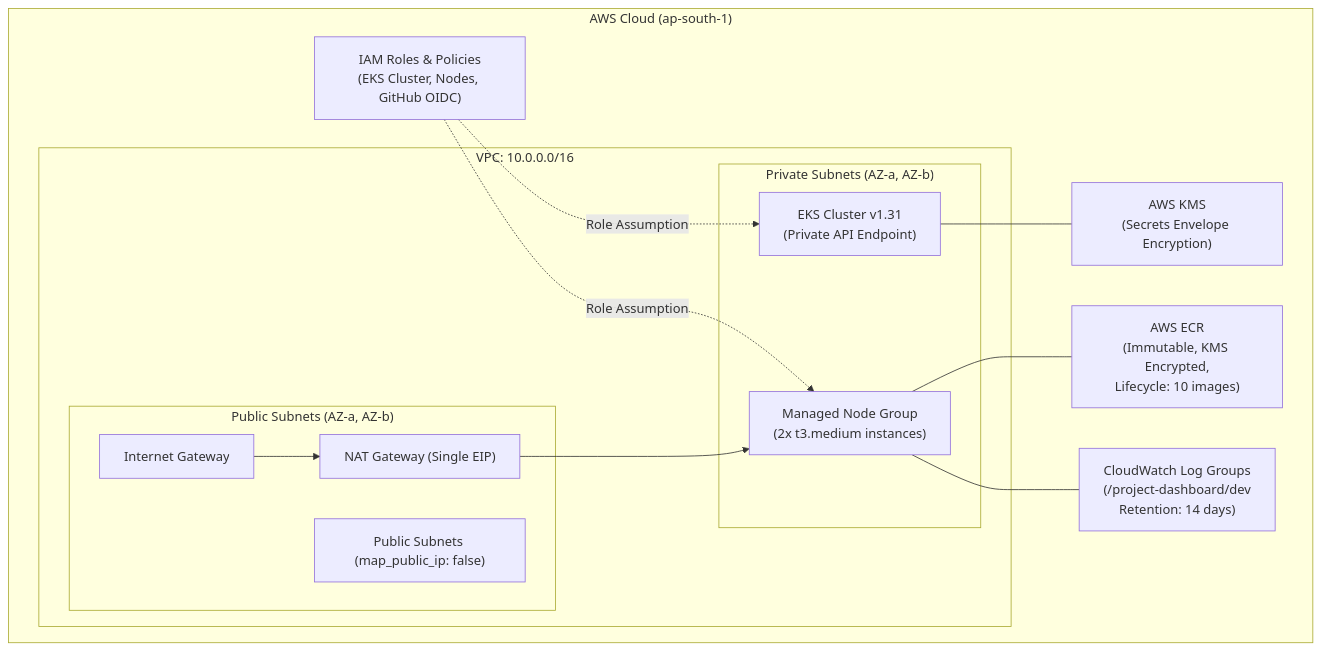
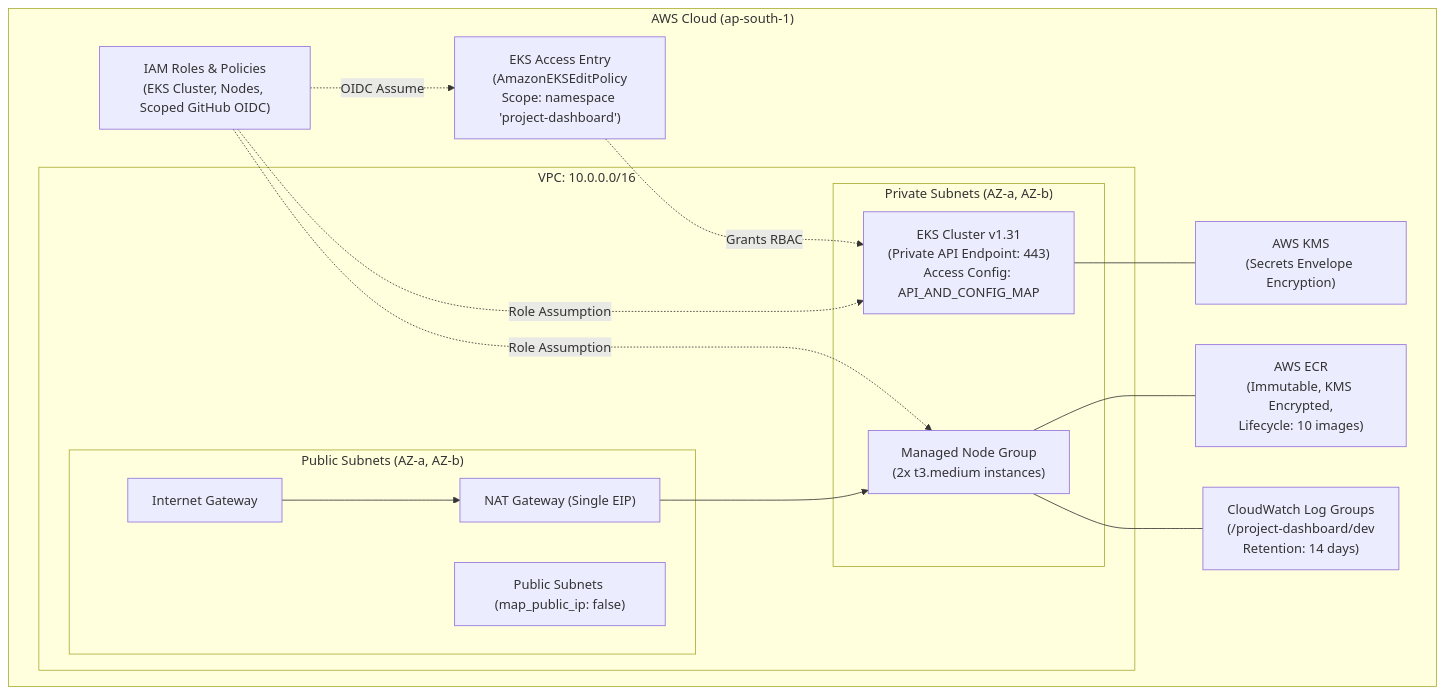
One commit to ArjunReddyVelma/project-mangement-app-main changed the third of 3 diagrams in ARCHITECTURE.md. Above: the diagram before and after it, drawn with Mermaid. The commit also changed other lines of this file and 7 other files, not shown here.

````diff
--- a/ARCHITECTURE.md
+++ b/ARCHITECTURE.md
@@ -99,30 +105,33 @@
 ```mermaid
 graph TD
     subgraph "AWS Cloud (ap-south-1)"
         subgraph "VPC: 10.0.0.0/16"
             subgraph "Public Subnets (AZ-a, AZ-b)"
                 IGW["Internet Gateway"]
                 NAT["NAT Gateway (Single EIP)"]
                 PubSub["Public Subnets (map_public_ip: false)"]
             end
             
             subgraph "Private Subnets (AZ-a, AZ-b)"
-                EKS_Control["EKS Cluster v1.31\n(Private API Endpoint)"]
+                EKS_Control["EKS Cluster v1.31\n(Private API Endpoint: 443)\nAccess Config: API_AND_CONFIG_MAP"]
                 EKS_Nodes["Managed Node Group\n(2x t3.medium instances)"]
             end
         end
 
         ECR["AWS ECR\n(Immutable, KMS Encrypted,\nLifecycle: 10 images)"]
         KMS["AWS KMS\n(Secrets Envelope Encryption)"]
         CW["CloudWatch Log Groups\n(/project-dashboard/dev\nRetention: 14 days)"]
-        IAM["IAM Roles & Policies\n(EKS Cluster, Nodes, GitHub OIDC)"]
+        IAM["IAM Roles & Policies\n(EKS Cluster, Nodes, Scoped GitHub OIDC)"]
+        AccessEntry["EKS Access Entry\n(AmazonEKSEditPolicy\nScope: namespace 'project-dashboard')"]
     end
 
     IGW --> NAT
     NAT --> EKS_Nodes
     EKS_Control --- KMS
     EKS_Nodes --- ECR
     EKS_Nodes --- CW
     IAM -.->|"Role Assumption"| EKS_Control
     IAM -.->|"Role Assumption"| EKS_Nodes
+    IAM -.->|"OIDC Assume"| AccessEntry
+    AccessEntry -.->|"Grants RBAC"| EKS_Control
 ```
````
